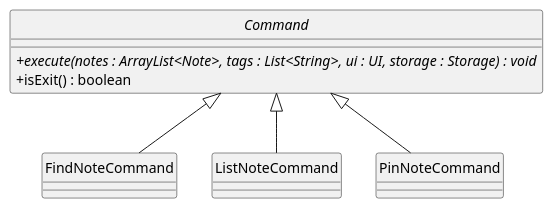
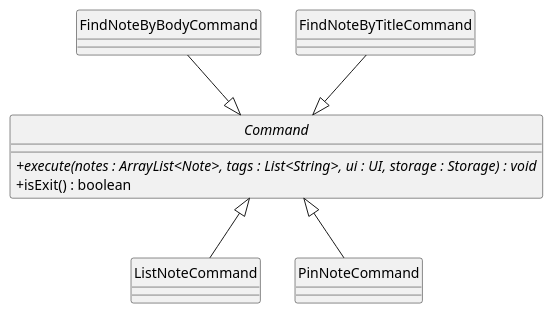
One commit to shauntsr/tp changed the diagram in docs/diagrams/NoteOrganisationCommands.puml. Above: the diagram before and after it, drawn with PlantUML. The commit also changed 46 other files, not shown here.

Commit message:
Replace all puml .pngs with .svgs, update ArchitectureSequence and ParserSequence to show Validator

```diff
--- a/docs/diagrams/NoteOrganisationCommands.puml
+++ b/docs/diagrams/NoteOrganisationCommands.puml
@@ -1,17 +1,19 @@
 @startuml NoteOrganisationCommands
 skinparam classAttributeIconSize 0
 hide circle
 abstract class Command {
     + {abstract} execute(notes : ArrayList<Note>, tags : List<String>, ui : UI, storage : Storage) : void
     + isExit() : boolean
 }
 
-class FindNoteCommand
+class FindNoteByBodyCommand
+class FindNoteByTitleCommand
 class ListNoteCommand
 class PinNoteCommand
 
 ' Inheritance
-FindNoteCommand -up-|> Command
+FindNoteByBodyCommand -down-|> Command
+FindNoteByTitleCommand -down-|> Command
 PinNoteCommand -up-|> Command
 ListNoteCommand -up-|> Command
 @enduml
```
